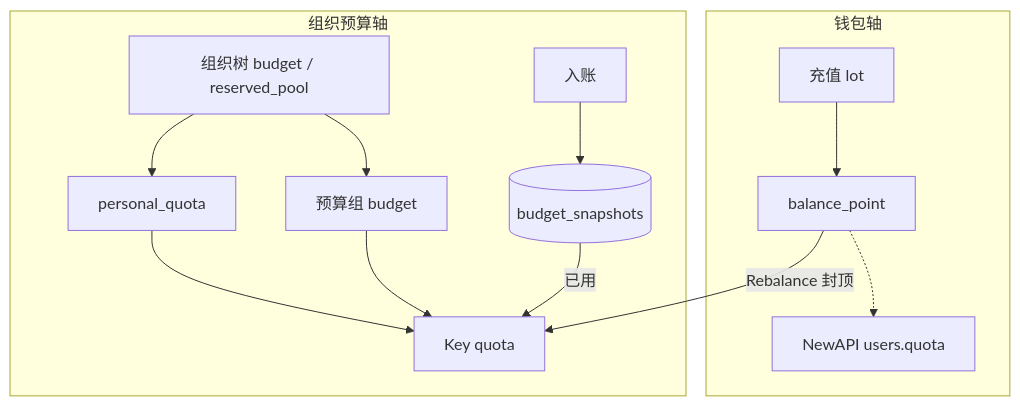
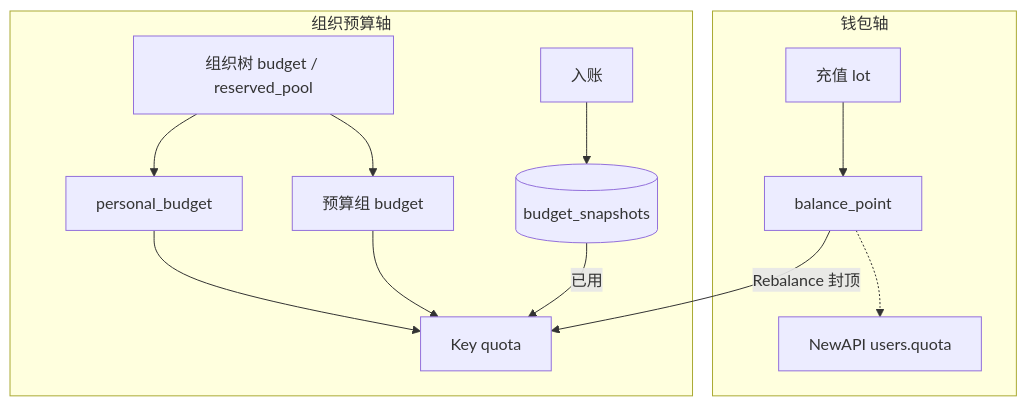
The second of 10 diagrams in docs/Backend-预算.md (quyip8818/mytokenjoy), drawn with Mermaid before and after one commit. The commit also changed other lines of this file and 106 other files, not shown here.

````diff
--- a/docs/Backend-预算.md
+++ b/docs/Backend-预算.md
@@ -64,19 +64,19 @@
 ```mermaid
 flowchart TB
   subgraph wallet [钱包轴]
     LOT[充值 lot] --> BAL[balance_point]
     BAL -.-> NA_W[NewAPI users.quota]
   end
 
   subgraph org [组织预算轴]
     TREE[组织树 budget / reserved_pool]
-    TREE --> MEM[personal_quota]
+    TREE --> MEM[personal_budget]
     TREE --> BG[预算组 budget]
     MEM & BG --> PK[Key quota]
     SNAP[(budget_snapshots)]
     ING[入账] --> SNAP
   end
 
   BAL -->|Rebalance 封顶| PK
   SNAP -->|已用| PK
 ```
````
